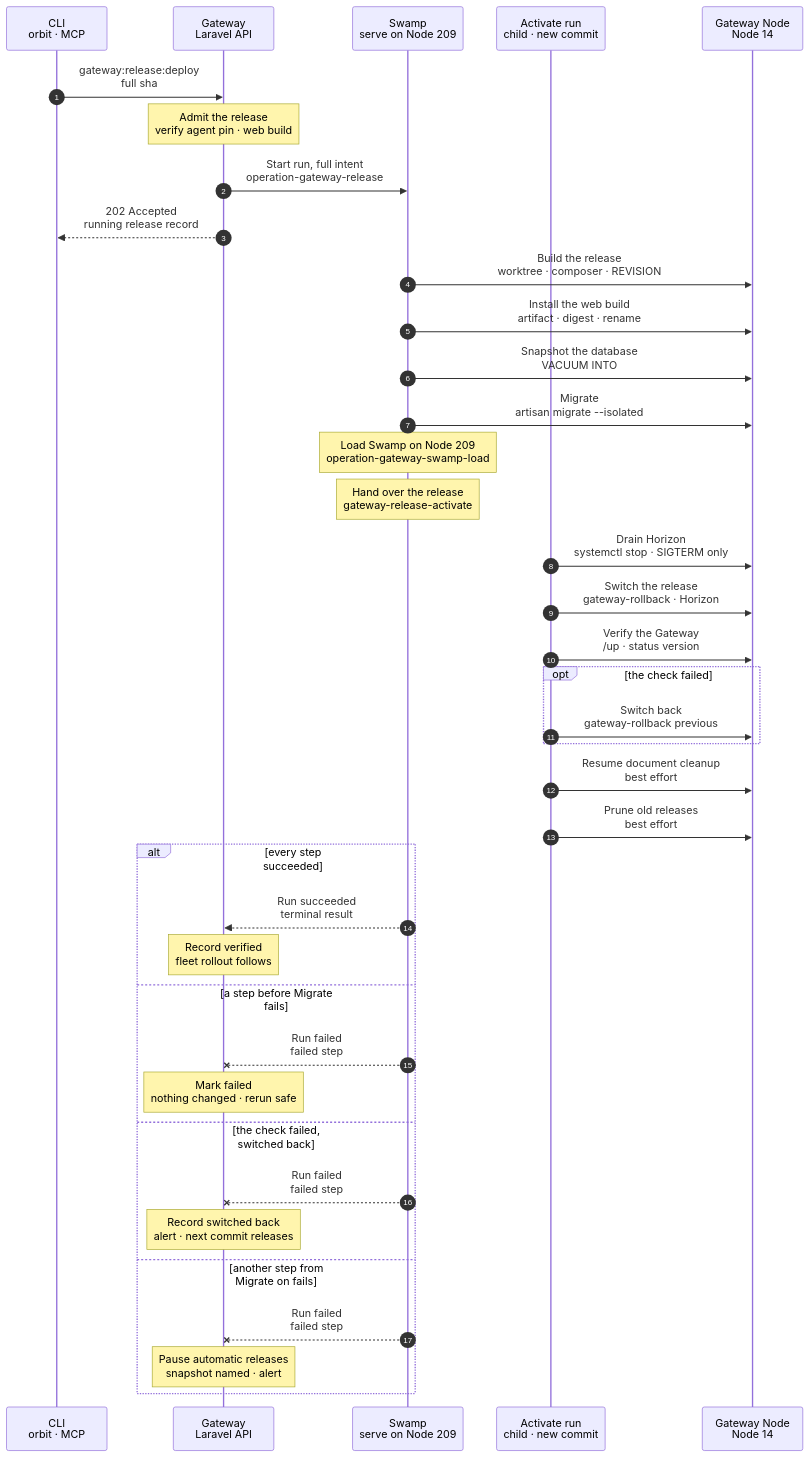
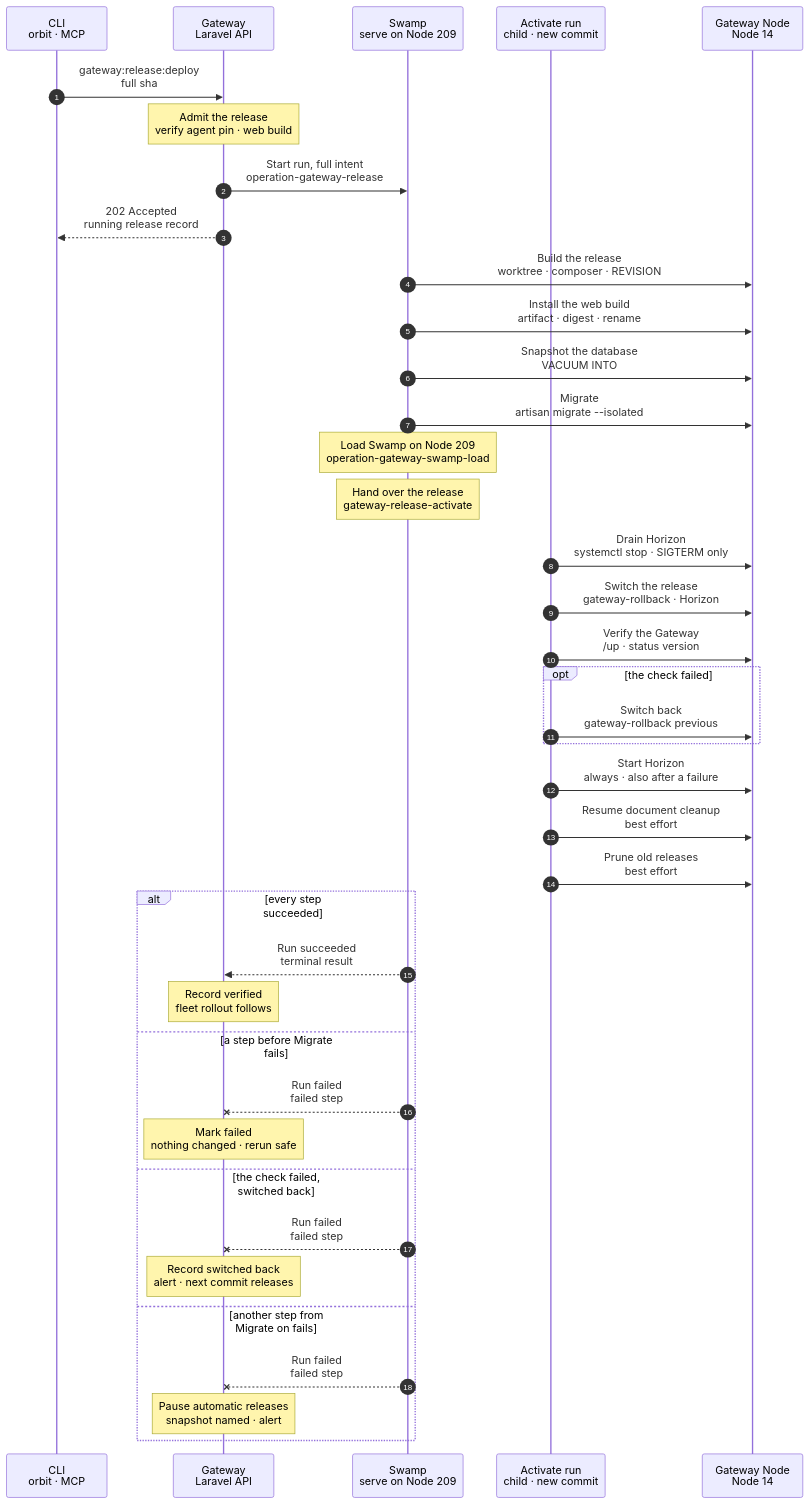
The diagram in docs/cli/gateway/release-deploy.mmd (hardimpactdev/orbit), drawn with Mermaid before and after one commit. The commit also changed 4 other files, not shown here.

First line of the commit message:
release: leave Horizon running after a failed release

```diff
--- a/docs/cli/gateway/release-deploy.mmd
+++ b/docs/cli/gateway/release-deploy.mmd
@@ -1,72 +1,80 @@
 sequenceDiagram
   %% Target design: docs/reference/feature-flow.md section 6, one Swamp workflow per Gateway release, manual or automatic.
   %% A failed check switches back; migrations are expand and contract. docs/reference/gateway-recovery.md#release-as-a-swamp-run.
   %% status: reviewed
   %% command: gateway:release:deploy
   %% kind: gateway.release
   %% behavior name: gateway-release-<step>-209 (fixed)
   autonumber
   %% lane TR icon=terminal pill=caller tone=gray
   %% lane GW icon=gateway pill=intent tone=blue
   %% lane SW icon=workflow pill=executes tone=green
   %% lane AC icon=workflow pill=child tone=green
   %% lane GN icon=server pill=target tone=amber
   participant TR as CLI<br/>orbit · MCP
   participant GW as Gateway<br/>Laravel API
   participant SW as Swamp<br/>serve on Node 209
   participant AC as Activate run<br/>child · new commit
   participant GN as Gateway Node<br/>Node 14
   TR->>GW: gateway:release:deploy<br/>full sha
   %%> Command:
   %%> - `orbit gateway:release:deploy <full sha>`; the automatic tick admits the newest green commit the same way
   Note over GW: Admit the release<br/>verify agent pin · web build
   %%> Requirements:
   %%> - the full commit; no other release queued or running
   %%> - the agent pin passes its Sigstore check; CI published the commit's web build
   %%> Result:
   %%> - a running release record; the pin, artifact, Horizon unit and SSH targets frozen as inputs
   GW->>SW: Start run, full intent<br/>operation-gateway-release
   %%> What it does:
   %%> - at run start, mints one read token (contents, actions) into the vault
   GW-->>TR: 202 Accepted<br/>running release record
   SW->>GN: Build the release<br/>worktree · composer · REVISION
   %%> What it does:
   %%> - fetches the commit, refuses one that does not descend from the current release
   %%> - links shared env and storage, installs dependencies, seals with `REVISION` and a cached config
   %%> - a sealed release of the commit is reused
   SW->>GN: Install the web build<br/>artifact · digest · rename
   SW->>GN: Snapshot the database<br/>VACUUM INTO
   SW->>GN: Migrate<br/>artisan migrate --isolated
   %%> On failure:
   %%> - from here until the switch, the release pauses with the old release live
   Note over SW: Load Swamp on Node 209<br/>operation-gateway-swamp-load
   %%> What it does:
   %%> - the load child: checkout, grants the new release rendered, serve reload
   Note over SW: Hand over the release<br/>gateway-release-activate
   %%> Why:
   %%> - the child runs from the definition the load installed, so the switch runs the new commit's steps
   AC->>GN: Drain Horizon<br/>systemctl stop · SIGTERM only
+  %%> What it does:
+  %%> - waits until the unit's whole control group is empty, as long as the drain allows; a job's idle SSH connection master can outlive Horizon's main process by up to 60 seconds
+  %%> On failure:
+  %%> - the run fails with `gateway.release_horizon_not_drained`; Horizon is started again below
   AC->>GN: Switch the release<br/>gateway-rollback · Horizon
   %%> Why:
   %%> - the same script an operator rolls back with: links, PHP-FPM reload, running services restart
   AC->>GN: Verify the Gateway<br/>/up · status version
   opt the check failed
     AC->>GN: Switch back<br/>gateway-rollback previous
   end
+  AC->>GN: Start Horizon<br/>always · also after a failure
+  %%> Why:
+  %%> - the release drained Horizon, so every end of the run leaves it running: the old release after a failed drain or a switch back, the new one after a verified switch
+  %%> - starting a running unit changes nothing; the rollback script starts a stopped Horizon the same way
   AC->>GN: Resume document cleanup<br/>best effort
   %%> Why:
   %%> - the scheduler restart paused the release cleanups; one that stays paused never fails the release
   AC->>GN: Prune old releases<br/>best effort
   alt every step succeeded
     SW-->>GW: Run succeeded<br/>terminal result
     Note over GW: Record verified<br/>fleet rollout follows
   else a step before Migrate fails
     SW--xGW: Run failed<br/>failed step
     Note over GW: Mark failed<br/>nothing changed · rerun safe
   else the check failed, switched back
     SW--xGW: Run failed<br/>failed step
     Note over GW: Record switched back<br/>alert · next commit releases
   else another step from Migrate on fails
     SW--xGW: Run failed<br/>failed step
     Note over GW: Pause automatic releases<br/>snapshot named · alert
   end
```
